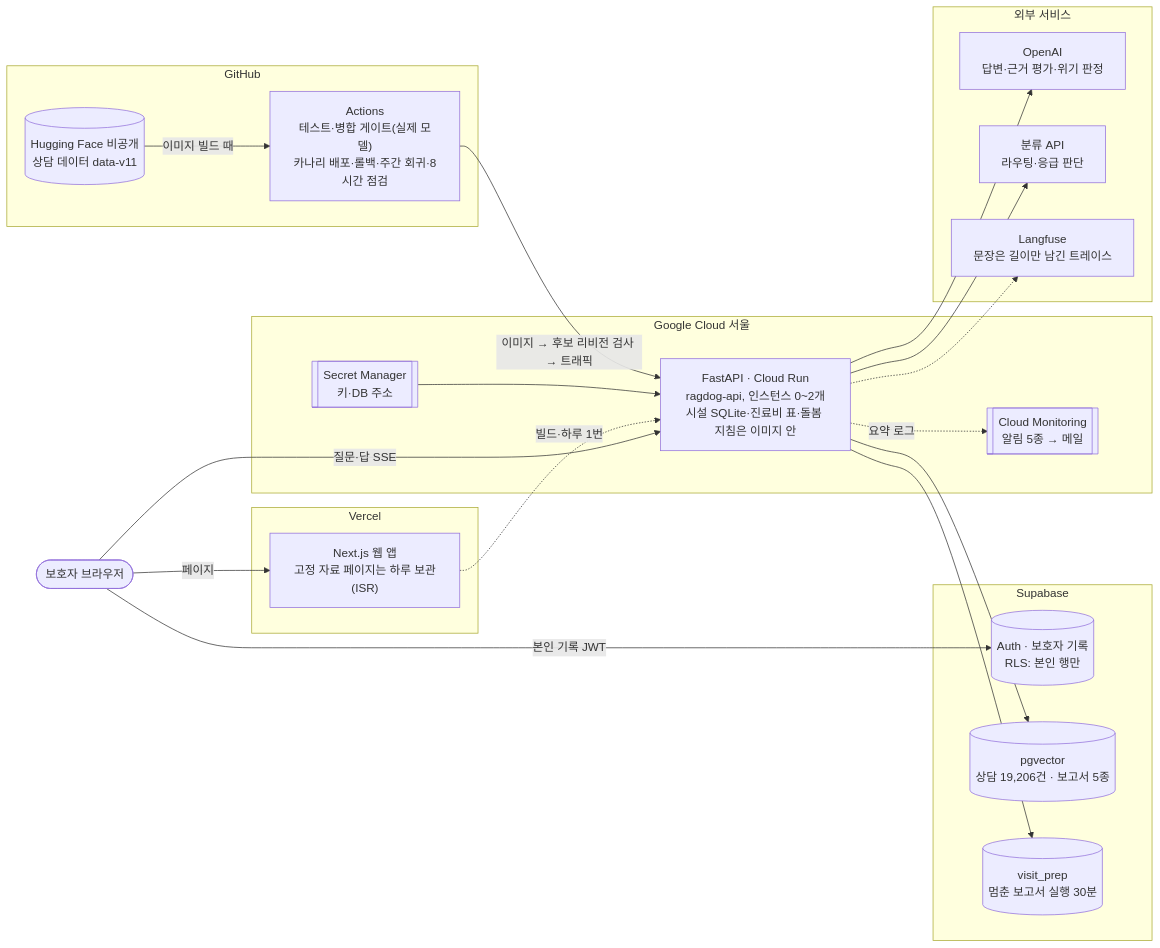
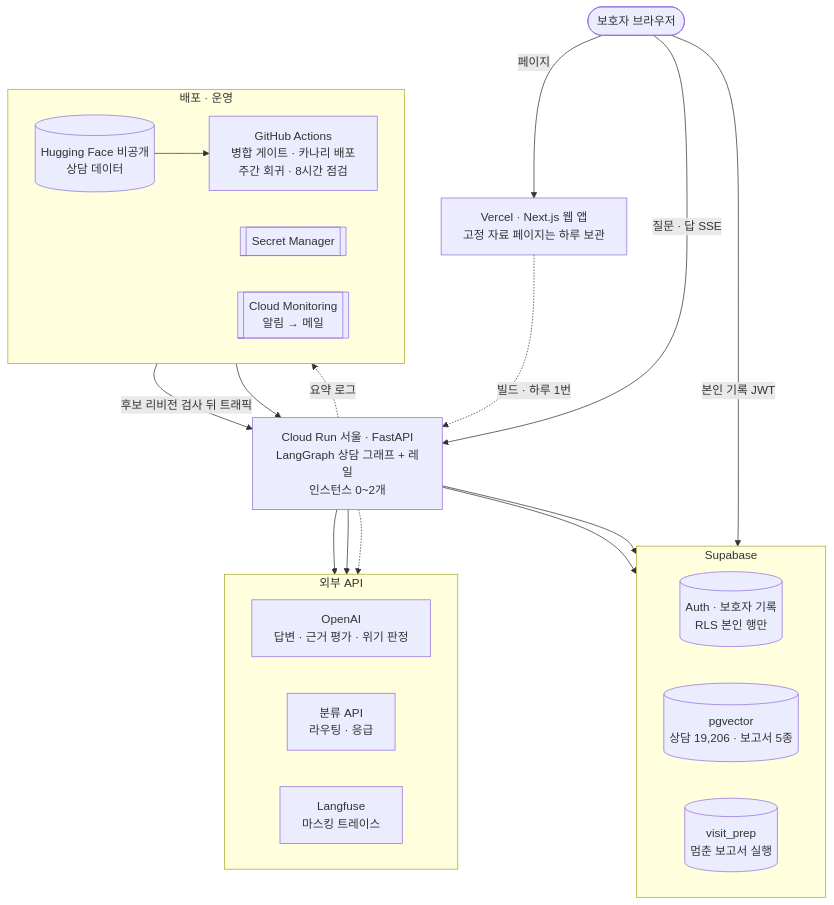
The first of 2 diagrams in README.md (rndigkwk/dograg), drawn with Mermaid before and after one commit. The commit also changed other lines of this file, not shown here.

Commit message:
docs(readme): top-down system diagram, the execution rails as text

````diff
--- a/README.md
+++ b/README.md
@@ -42,39 +42,38 @@
 ```mermaid
-flowchart LR
+flowchart TB
   U(["보호자 브라우저"])
-  subgraph VERCEL["Vercel"]
-    W["Next.js 웹 앱<br/>고정 자료 페이지는 하루 보관(ISR)"]
+  W["Vercel · Next.js 웹 앱<br/>고정 자료 페이지는 하루 보관"]
+  A["Cloud Run 서울 · FastAPI<br/>LangGraph 상담 그래프 + 레일<br/>인스턴스 0~2개"]
+  U -->|"페이지"| W
+  U -->|"질문 · 답 SSE"| A
+  U -->|"본인 기록 JWT"| AU
+  W -.->|"빌드 · 하루 1번"| A
+  subgraph SB["Supabase"]
+    direction LR
+    AU[("Auth · 보호자 기록<br/>RLS 본인 행만")]
+    PG[("pgvector<br/>상담 19,206 · 보고서 5종")]
+    VP[("visit_prep<br/>멈춘 보고서 실행")]
   end
-  subgraph GCP["Google Cloud 서울"]
-    A["FastAPI · Cloud Run<br/>ragdog-api, 인스턴스 0~2개<br/>시설 SQLite·진료비 표·돌봄 지침은 이미지 안"]
-    SM[["Secret Manager<br/>키·DB 주소"]]
-    MON[["Cloud Monitoring<br/>알림 5종 → 메일"]]
+  subgraph EXT["외부 API"]
+    direction LR
+    OAI["OpenAI<br/>답변 · 근거 평가 · 위기 판정"]
+    DEC["분류 API<br/>라우팅 · 응급"]
+    LF["Langfuse<br/>마스킹 트레이스"]
   end
-  subgraph SB["Supabase"]
-    AU[("Auth · 보호자 기록<br/>RLS: 본인 행만")]
-    PG[("pgvector<br/>상담 19,206건 · 보고서 5종")]
-    VP[("visit_prep<br/>멈춘 보고서 실행 30분")]
-  end
-  subgraph EXT["외부 서비스"]
-    OAI["OpenAI<br/>답변·근거 평가·위기 판정"]
-    DEC["분류 API<br/>라우팅·응급 판단"]
-    LF["Langfuse<br/>문장은 길이만 남긴 트레이스"]
-  end
-  subgraph GH["GitHub"]
-    GA["Actions<br/>테스트·병합 게이트(실제 모델)<br/>카나리 배포·롤백·주간 회귀·8시간 점검"]
-    HF[("Hugging Face 비공개<br/>상담 데이터 data-v11")]
-  end
-  U -->|"페이지"| W
-  U -->|"질문·답 SSE"| A
-  U -->|"본인 기록 JWT"| AU
-  W -.->|"빌드·하루 1번"| A
   A --> PG
   A --> VP
   A --> OAI
   A --> DEC
   A -.-> LF
+  subgraph OPS["배포 · 운영"]
+    direction LR
+    HF[("Hugging Face 비공개<br/>상담 데이터")]
+    GA["GitHub Actions<br/>병합 게이트 · 카나리 배포<br/>주간 회귀 · 8시간 점검"]
+    SM[["Secret Manager"]]
+    MON[["Cloud Monitoring<br/>알림 → 메일"]]
+    HF --> GA
+  end
+  GA -->|"후보 리비전 검사 뒤 트래픽"| A
   SM --> A
   A -.->|"요약 로그"| MON
-  HF -->|"이미지 빌드 때"| GA
-  GA -->|"이미지 → 후보 리비전 검사 → 트래픽"| A
 ```
````
